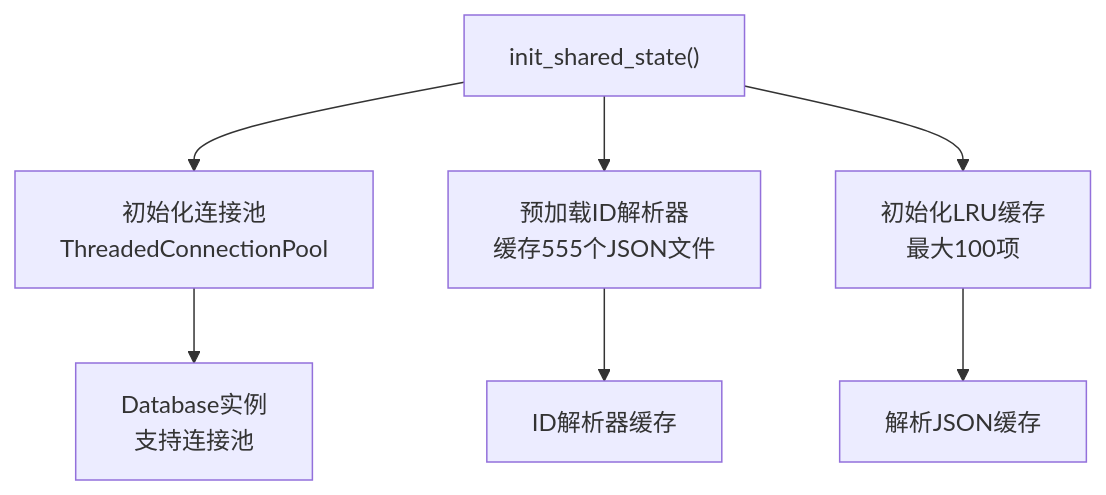
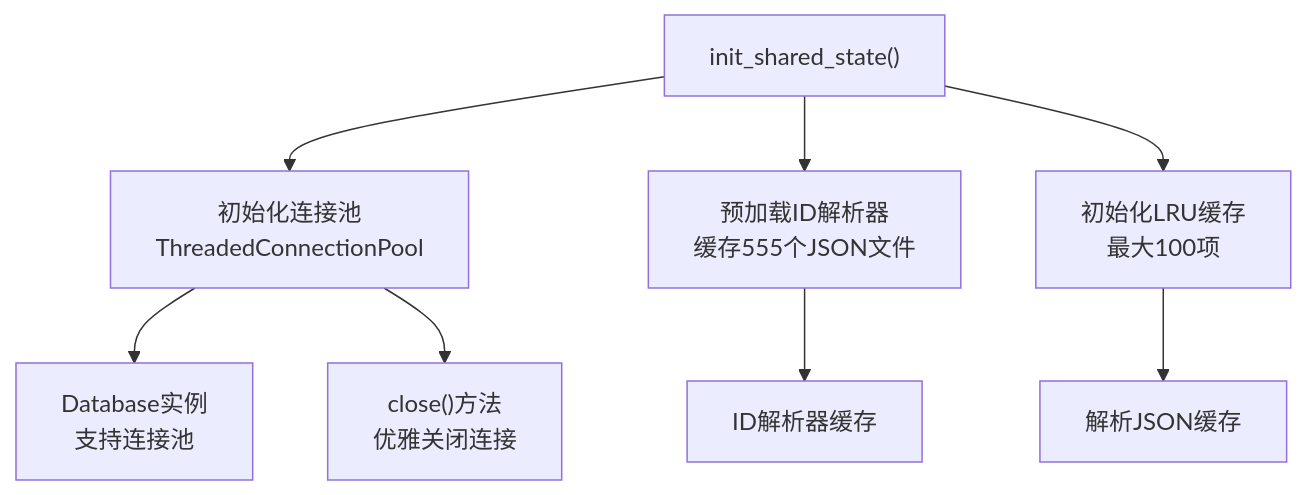
Before and after one commit to 1173591564/academic-based-qoder: the fifth of 8 diagrams in .qoder/repowiki/zh/content/MCP服务系统/MCP服务器架构.md, drawn with Mermaid. The commit also changed other lines of this file and 81 other files, not shown here.

````diff
--- a/.qoder/repowiki/zh/content/MCP服务系统/MCP服务器架构.md
+++ b/.qoder/repowiki/zh/content/MCP服务系统/MCP服务器架构.md
@@ -188,9 +248,10 @@
 ```mermaid
 flowchart TD
 Init["init_shared_state()"] --> Pool["初始化连接池<br/>ThreadedConnectionPool"]
 Init --> Resolver["预加载ID解析器<br/>缓存555个JSON文件"]
 Init --> Cache["初始化LRU缓存<br/>最大100项"]
 Pool --> DB["Database实例<br/>支持连接池"]
 Resolver --> ID["ID解析器缓存"]
 Cache --> Parsed["解析JSON缓存"]
+Pool --> Close["close()方法<br/>优雅关闭连接"]
 ```
````
